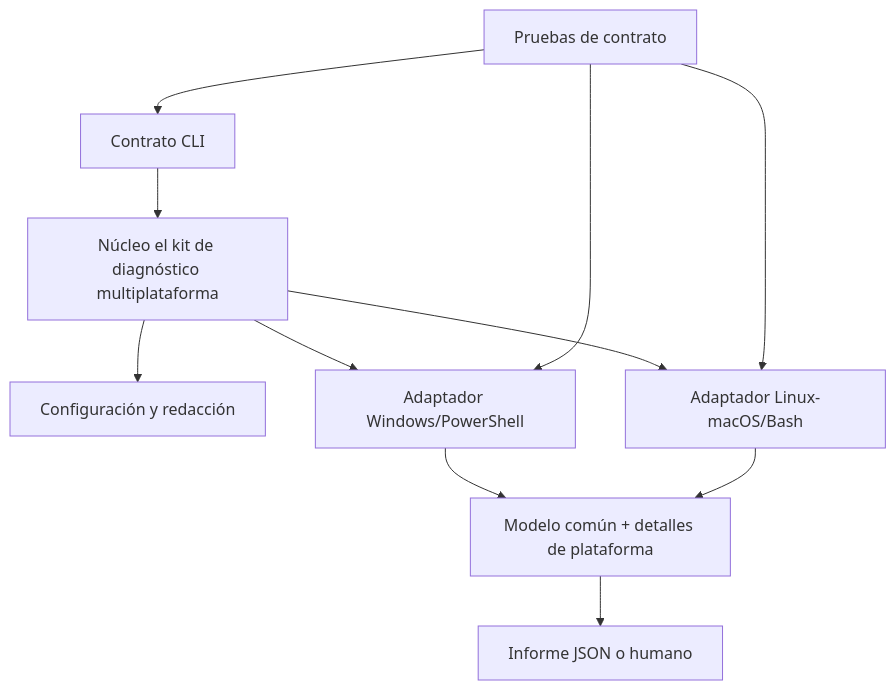
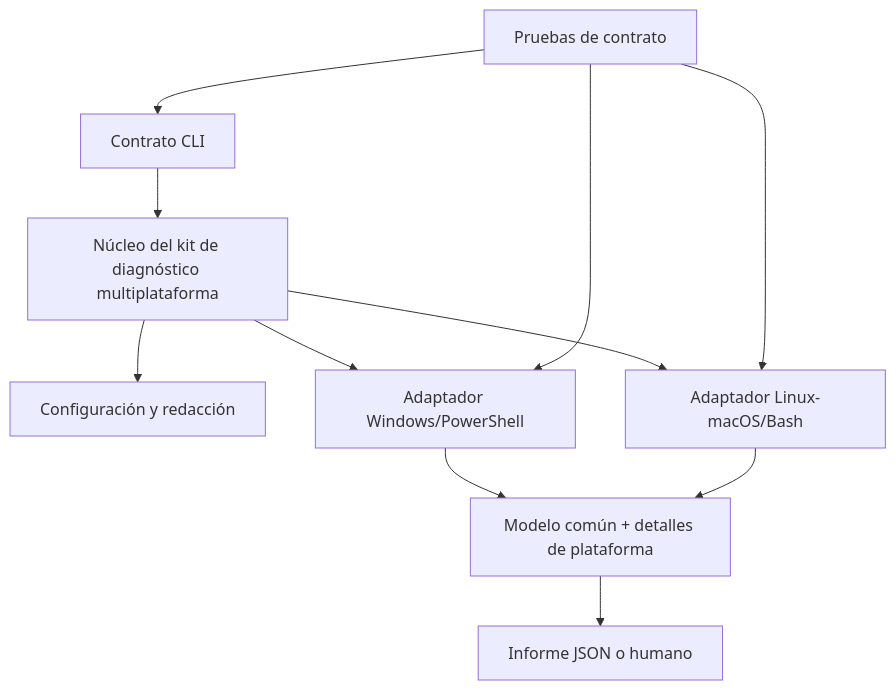
One commit to vladimiracunadev-create/modern-software-engineering-program changed the second of 2 diagrams in classes/part-02-sistemas-operativos-terminal-y-automatizacion-base/se-036-proyecto-kit-de-diagnostico-multiplataforma/README.md. Above: the diagram before and after it, drawn with Mermaid. The commit also changed other lines of this file and 158 other files, not shown here.

````diff
--- a/classes/part-02-sistemas-operativos-terminal-y-automatizacion-base/se-036-proyecto-kit-de-diagnostico-multiplataforma/README.md
+++ b/classes/part-02-sistemas-operativos-terminal-y-automatizacion-base/se-036-proyecto-kit-de-diagnostico-multiplataforma/README.md
@@ -88,13 +88,13 @@
 ```mermaid
 flowchart TB
-    CLI[Contrato CLI] --> CORE[Núcleo el kit de diagnóstico multiplataforma]
+    CLI[Contrato CLI] --> CORE[Núcleo del kit de diagnóstico multiplataforma]
     CORE --> CFG[Configuración y redacción]
     CORE --> WIN[Adaptador Windows/PowerShell]
     CORE --> POSIX[Adaptador Linux-macOS/Bash]
     WIN --> MODEL[Modelo común + detalles de plataforma]
     POSIX --> MODEL
     MODEL --> REPORT[Informe JSON o humano]
     TESTS[Pruebas de contrato] --> CLI
     TESTS --> WIN
     TESTS --> POSIX
 ```
````
